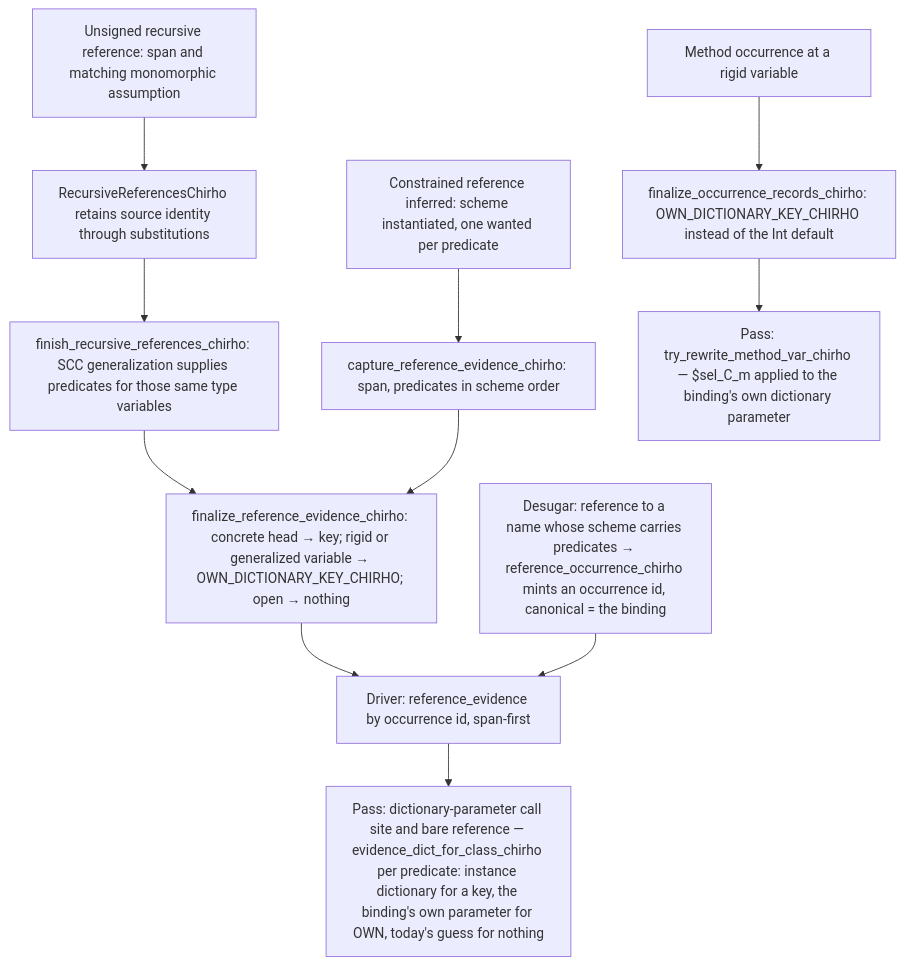
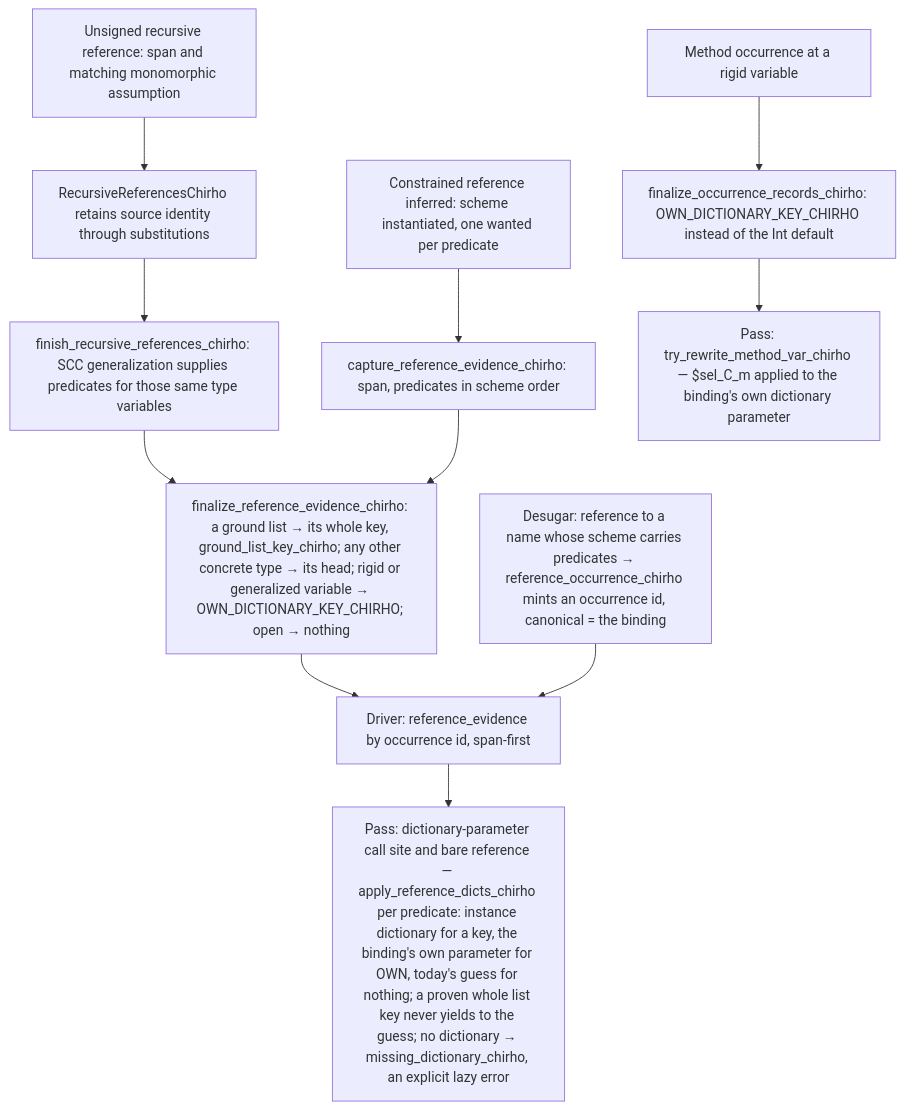
One commit to loveJesus/haskelujah-chirho changed the second of 5 diagrams in spec-chirho/workflows-chirho/language-features-chirho/dictionary-evidence-chirho.md. Above: the diagram before and after it, drawn with Mermaid. The commit also changed other lines of this file and 5 other files, not shown here.

````diff
--- a/spec-chirho/workflows-chirho/language-features-chirho/dictionary-evidence-chirho.md
+++ b/spec-chirho/workflows-chirho/language-features-chirho/dictionary-evidence-chirho.md
@@ -52,15 +52,15 @@
 ```mermaid
 flowchart TD
     ref_chirho[Constrained reference inferred: scheme instantiated, one wanted per predicate]
     ref_chirho --> capture_ref_chirho[capture_reference_evidence_chirho: span, predicates in scheme order]
     recursive_ref_chirho[Unsigned recursive reference: span and matching monomorphic assumption] --> pending_ref_chirho[RecursiveReferencesChirho retains source identity through substitutions]
     pending_ref_chirho --> finish_ref_chirho[finish_recursive_references_chirho: SCC generalization supplies predicates for those same type variables]
     finish_ref_chirho --> finalize_ref_chirho
-    capture_ref_chirho --> finalize_ref_chirho[finalize_reference_evidence_chirho: concrete head → key; rigid or generalized variable → OWN_DICTIONARY_KEY_CHIRHO; open → nothing]
+    capture_ref_chirho --> finalize_ref_chirho[finalize_reference_evidence_chirho: a ground list → its whole key, ground_list_key_chirho; any other concrete type → its head; rigid or generalized variable → OWN_DICTIONARY_KEY_CHIRHO; open → nothing]
     method_chirho[Method occurrence at a rigid variable] --> own_chirho[finalize_occurrence_records_chirho: OWN_DICTIONARY_KEY_CHIRHO instead of the Int default]
     desugar_ref_chirho[Desugar: reference to a name whose scheme carries predicates → reference_occurrence_chirho mints an occurrence id, canonical = the binding]
     finalize_ref_chirho --> join_ref_chirho[Driver: reference_evidence by occurrence id, span-first]
     desugar_ref_chirho --> join_ref_chirho
-    join_ref_chirho --> callsite_chirho[Pass: dictionary-parameter call site and bare reference — evidence_dict_for_class_chirho per predicate: instance dictionary for a key, the binding's own parameter for OWN, today's guess for nothing]
+    join_ref_chirho --> callsite_chirho[Pass: dictionary-parameter call site and bare reference — apply_reference_dicts_chirho per predicate: instance dictionary for a key, the binding's own parameter for OWN, today's guess for nothing; a proven whole list key never yields to the guess; no dictionary → missing_dictionary_chirho, an explicit lazy error]
     own_chirho --> selector_chirho[Pass: try_rewrite_method_var_chirho — $sel_C_m applied to the binding's own dictionary parameter]
 ```
````
